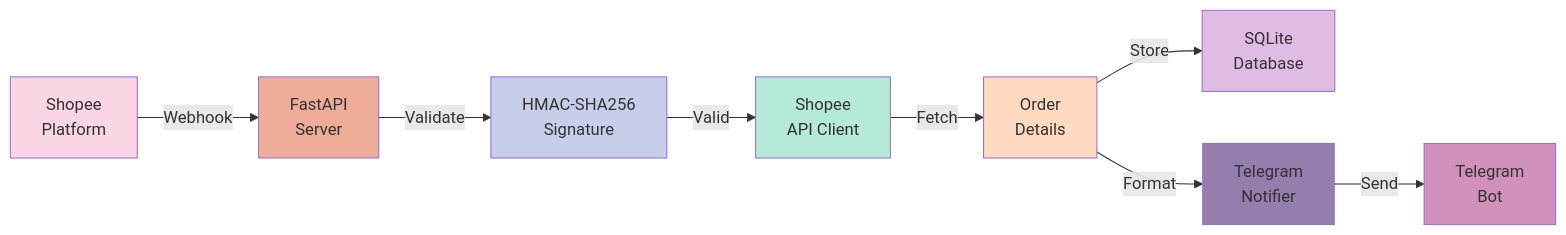
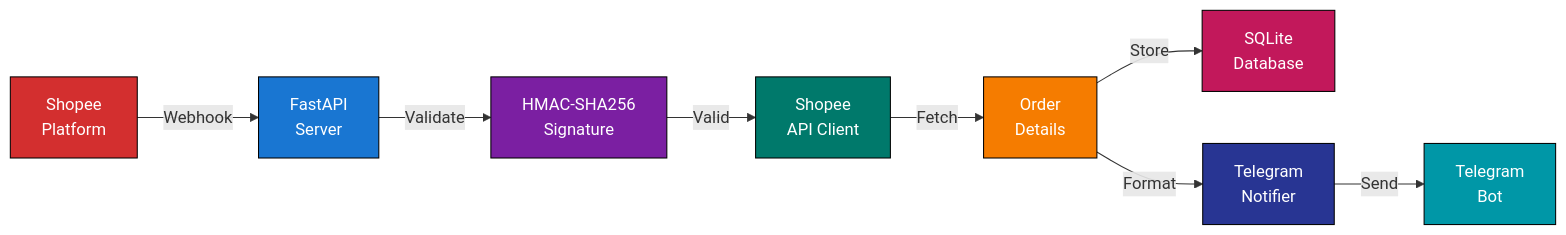
One commit to xKeNcHii/shopee-webhook-receiver changed the first of 4 diagrams in README.md. Above: the diagram before and after it, drawn with Mermaid. The commit also changed other lines of this file, not shown here.

Commit message:
Update Mermaid diagram colors for dark background visibility
Changed architecture and webhook event diagrams to use darker, more
saturated colors with white text. Improved contrast on both light and
dark GitHub themes.

````diff
--- a/README.md
+++ b/README.md
@@ -22,19 +22,19 @@
 ```mermaid
 graph LR
     A["Shopee<br/>Platform"] -->|Webhook| B["FastAPI<br/>Server"]
     B -->|Validate| C["HMAC-SHA256<br/>Signature"]
     C -->|Valid| D["Shopee<br/>API Client"]
     D -->|Fetch| E["Order<br/>Details"]
     E -->|Store| F["SQLite<br/>Database"]
     E -->|Format| G["Telegram<br/>Notifier"]
     G -->|Send| H["Telegram<br/>Bot"]
 
-    style A fill:#f9d5e5
-    style B fill:#eeac99
-    style C fill:#c7ceea
-    style D fill:#b5ead7
-    style E fill:#ffdac1
-    style F fill:#e0bbe4
-    style G fill:#957dad
-    style H fill:#d291bc
+    style A fill:#d32f2f,stroke:#000,color:#fff
+    style B fill:#1976d2,stroke:#000,color:#fff
+    style C fill:#7b1fa2,stroke:#000,color:#fff
+    style D fill:#00796b,stroke:#000,color:#fff
+    style E fill:#f57c00,stroke:#000,color:#fff
+    style F fill:#c2185b,stroke:#000,color:#fff
+    style G fill:#283593,stroke:#000,color:#fff
+    style H fill:#0097a7,stroke:#000,color:#fff
 ```
````
